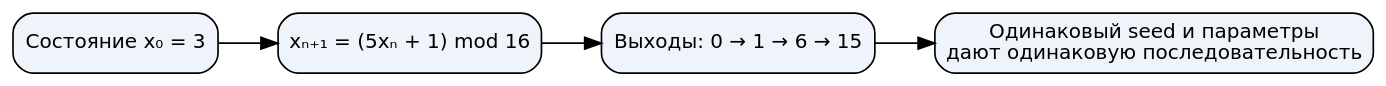
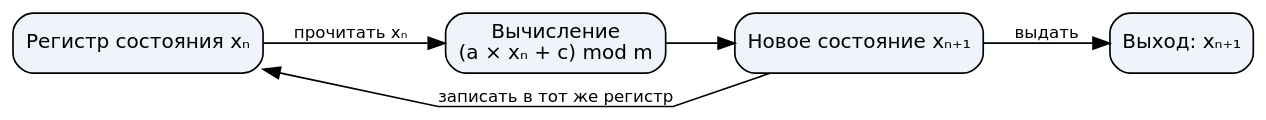
Before and after one commit to BSU-RFCT-Afonenko-Courses/Cybersecurity: the diagram in shared/visualizations/crypto/graphs/lcg.dot, drawn with Graphviz. The commit also changed 55 other files, not shown here.

```diff
--- a/shared/visualizations/crypto/graphs/lcg.dot
+++ b/shared/visualizations/crypto/graphs/lcg.dot
@@ -1,12 +1,13 @@
 digraph G {
  graph [rankdir=LR, bgcolor="transparent", pad="0.2", splines=polyline];
  node [shape=box, style="rounded,filled", fillcolor="#eef4fa", fontname="DejaVu Sans", fontsize=12];
  edge [fontname="DejaVu Sans", fontsize=10];
- "n0" [id="n0", label="Состояние x₀ = 3"];
- "n1" [id="n1", label="xₙ₊₁ = (5xₙ + 1) mod 16"];
- "n2" [id="n2", label="Выходы: 0 → 1 → 6 → 15"];
- "n3" [id="n3", label="Одинаковый seed и параметры\nдают одинаковую последовательность"];
- "n0" -> "n1" [label=""];
- "n1" -> "n2" [label=""];
- "n2" -> "n3" [label=""];
+ state [label="Регистр состояния xₙ"];
+ compute [label="Вычисление\n(a × xₙ + c) mod m"];
+ next [label="Новое состояние xₙ₊₁"];
+ output [label="Выход: xₙ₊₁"];
+ state -> compute [label="прочитать xₙ"];
+ compute -> next;
+ next -> state [label="записать в тот же регистр", constraint=false];
+ next -> output [label="выдать"];
 }
```
